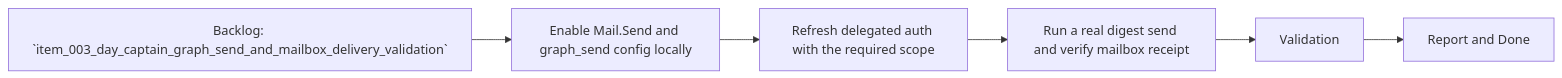
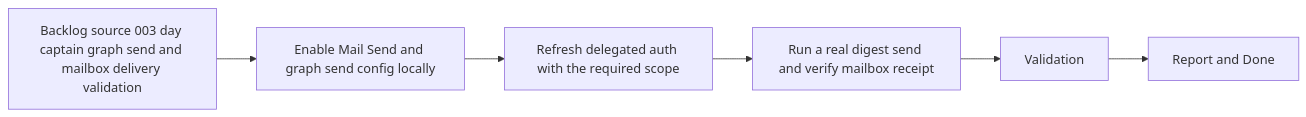
Before and after one commit to AlexAgo83/day-captain: the diagram in logics/tasks/task_007_day_captain_mailbox_delivery_end_to_end_validation.md, drawn with Mermaid. The commit also changed 40 other files, not shown here.

Commit message:
Normalize Logics Mermaid diagrams

````diff
--- a/logics/tasks/task_007_day_captain_mailbox_delivery_end_to_end_validation.md
+++ b/logics/tasks/task_007_day_captain_mailbox_delivery_end_to_end_validation.md
@@ -18,8 +18,8 @@
 ```mermaid
 flowchart LR
-    Backlog[Backlog: `item_003_day_captain_graph_send_and_mailbox_delivery_validation`] --> Step1[Enable Mail.Send and graph_send config locally]
+    Backlog[Backlog source 003 day captain graph send and mailbox delivery validation] --> Step1[Enable Mail Send and graph send config locally]
     Step1 --> Step2[Refresh delegated auth with the required scope]
     Step2 --> Step3[Run a real digest send and verify mailbox receipt]
     Step3 --> Validation[Validation]
     Validation --> Report[Report and Done]
 ```
````
